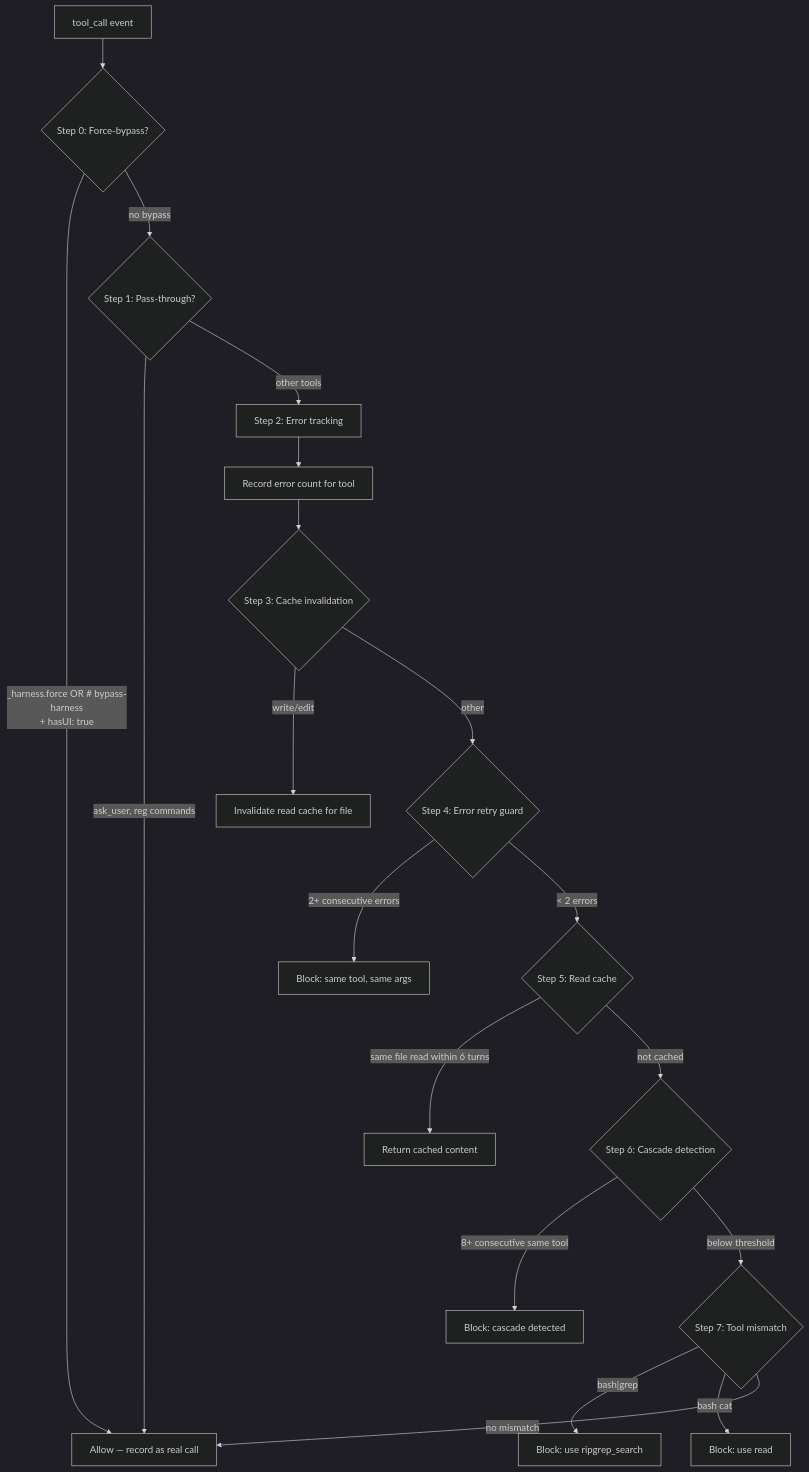
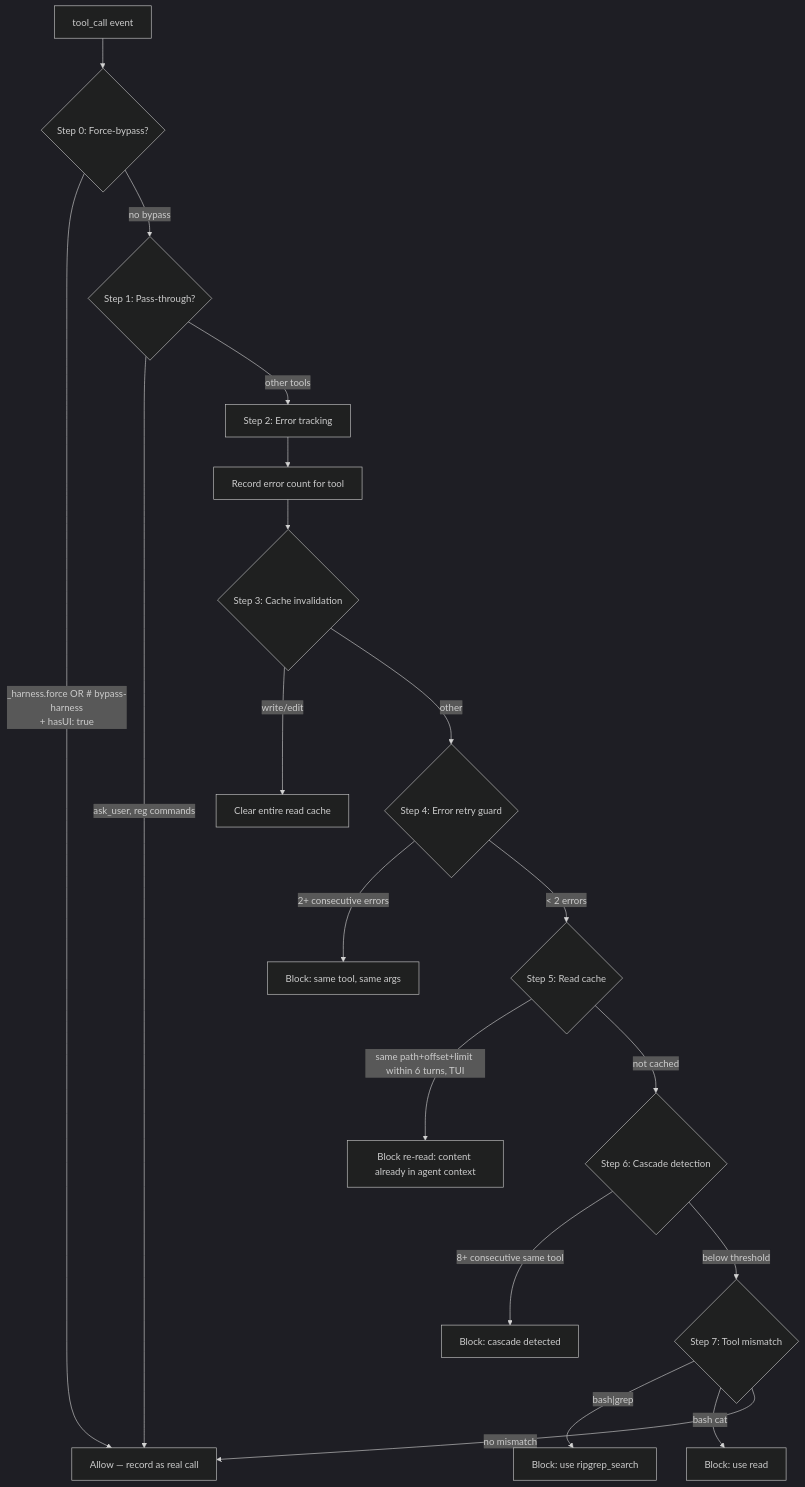
The diagram in .pi/extensions/agent-harness/README.md (SchneiderDaniel/cheasee-pi), drawn with Mermaid (dark theme) before and after one commit. The commit also changed other lines of this file and 4 other files, not shown here.

Commit message:
feat(#1727): Bug: agent-harness - docs claim read cache 'returns cached content'; implementation blocks with hint, stores no content

````diff
--- a/.pi/extensions/agent-harness/README.md
+++ b/.pi/extensions/agent-harness/README.md
@@ -65,21 +65,21 @@
 ```mermaid
 flowchart TD
     A[tool_call event] --> B{Step 0: Force-bypass?}
     B -- "_harness.force OR # bypass-harness\n+ hasUI: true" --> C[Allow — record as real call]
     B -- no bypass --> D{Step 1: Pass-through?}
     D -- ask_user, reg commands --> C
     D -- other tools --> E[Step 2: Error tracking]
     E --> F[Record error count for tool]
     F --> G{Step 3: Cache invalidation}
-    G -- write/edit --> H[Invalidate read cache for file]
+    G -- write/edit --> H[Clear entire read cache]
     G -- other --> I{Step 4: Error retry guard}
     I -- 2+ consecutive errors --> J[Block: same tool, same args]
     I -- < 2 errors --> K{Step 5: Read cache}
-    K -- same file read within 6 turns --> L[Return cached content]
+    K -- same path+offset+limit within 6 turns, TUI --> L[Block re-read: content already in agent context]
     K -- not cached --> M{Step 6: Cascade detection}
     M -- 8+ consecutive same tool --> N[Block: cascade detected]
     M -- below threshold --> O{Step 7: Tool mismatch}
     O -- bash|grep --> P[Block: use ripgrep_search]
     O -- bash cat --> Q[Block: use read]
     O -- no mismatch --> C
 ```
````
